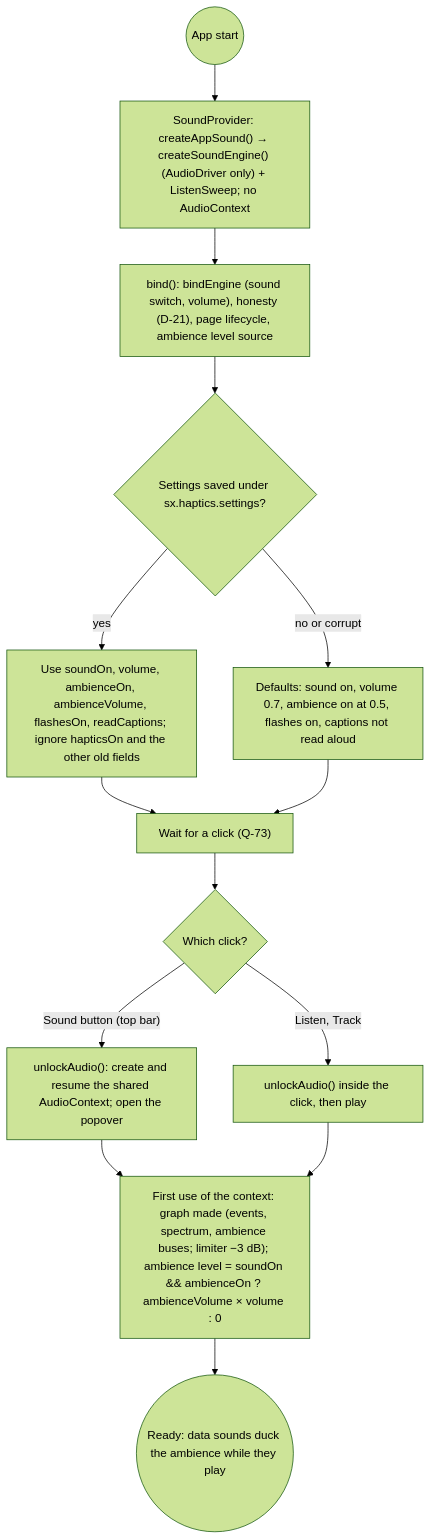
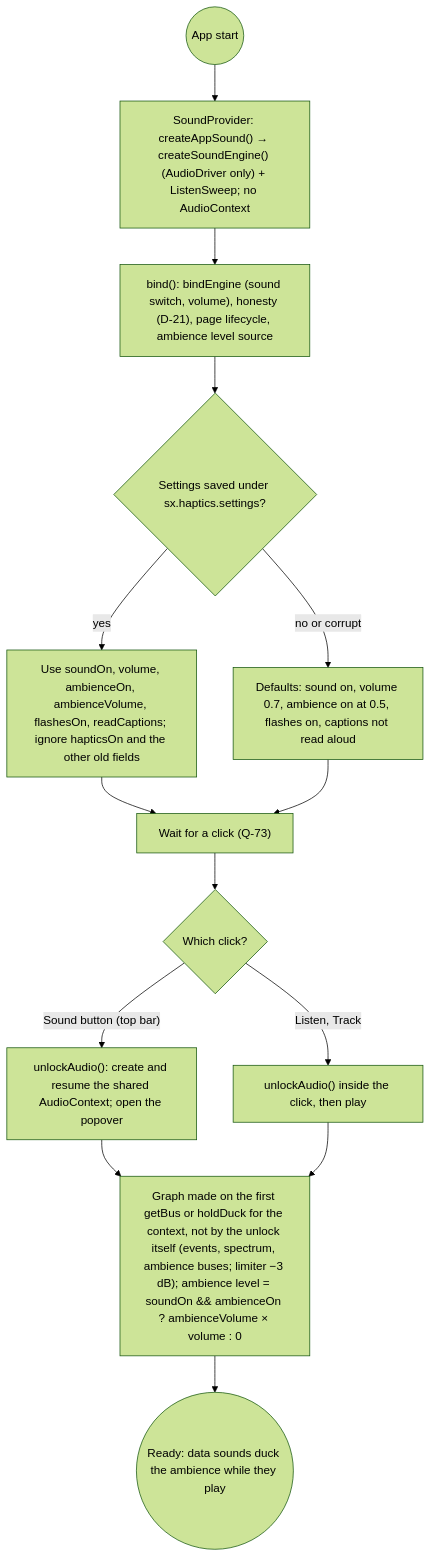
One commit to 0ffrian/SphereX changed the diagram in docs/uml/19-activity-haptic-driver-select.md. Above: the diagram before and after it, drawn with Mermaid (forest theme). The commit also changed 22 other files, not shown here.

````diff
--- a/docs/uml/19-activity-haptic-driver-select.md
+++ b/docs/uml/19-activity-haptic-driver-select.md
@@ -7,16 +7,16 @@
 ```mermaid
 flowchart TD
   Start(("App start")) --> Provider["SoundProvider: createAppSound() → createSoundEngine() (AudioDriver only) + ListenSweep; no AudioContext"]
   Provider --> Bind["bind(): bindEngine (sound switch, volume), honesty (D-21), page lifecycle, ambience level source"]
   Bind --> Load{"Settings saved under sx.haptics.settings?"}
   Load -->|yes| Saved["Use soundOn, volume, ambienceOn, ambienceVolume, flashesOn, readCaptions; ignore hapticsOn and the other old fields"]
   Load -->|"no or corrupt"| Defaults["Defaults: sound on, volume 0.7, ambience on at 0.5, flashes on, captions not read aloud"]
   Saved --> Wait
   Defaults --> Wait
   Wait["Wait for a click (Q-73)"] --> Click{"Which click?"}
   Click -->|"Sound button (top bar)"| Unlock["unlockAudio(): create and resume the shared AudioContext; open the popover"]
   Click -->|"Listen, Track"| Unlock2["unlockAudio() inside the click, then play"]
-  Unlock --> Graph["First use of the context: graph made (events, spectrum, ambience buses; limiter −3 dB); ambience level = soundOn && ambienceOn ? ambienceVolume × volume : 0"]
+  Unlock --> Graph["Graph made on the first getBus or holdDuck for the context, not by the unlock itself (events, spectrum, ambience buses; limiter −3 dB); ambience level = soundOn && ambienceOn ? ambienceVolume × volume : 0"]
   Unlock2 --> Graph
   Graph --> Ready(("Ready: data sounds duck the ambience while they play"))
 ```
````
